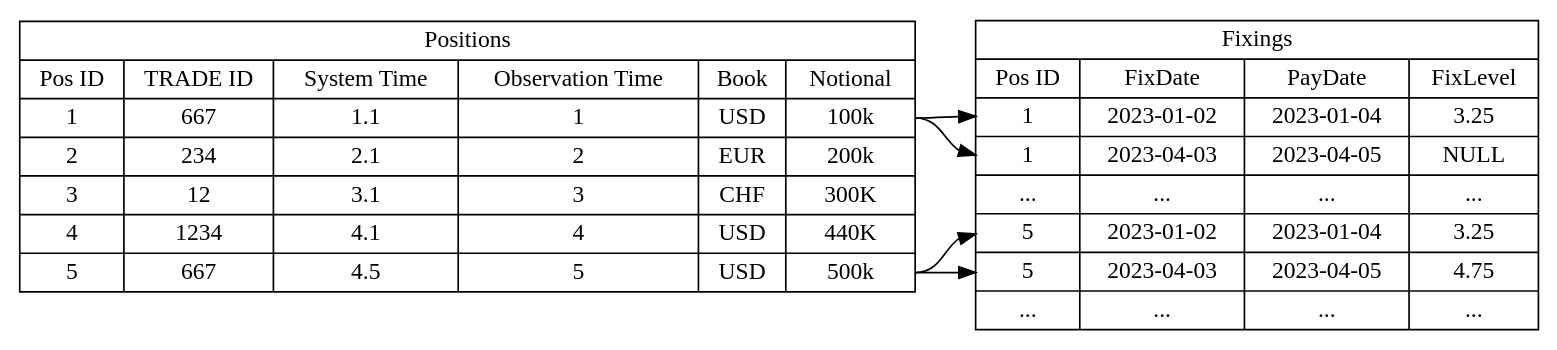
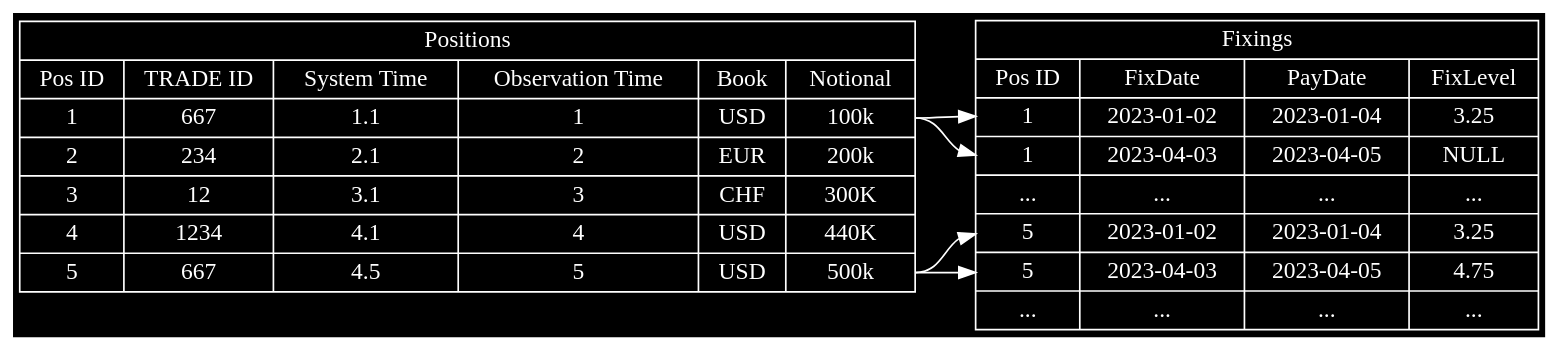
One commit to jschmuec/bitemp.ts changed the diagram in docs/bi_temporal_object_r.dot. Above: the diagram before and after it, drawn with Graphviz. The commit also changed 3 other files, not shown here.

```diff
--- a/docs/bi_temporal_object_r.dot
+++ b/docs/bi_temporal_object_r.dot
@@ -1,18 +1,20 @@
 digraph ER {
     rankdir=LR
+    bgcolor=black
     edge [
     ]
-    positions [ shape=record label="Positions|{{Pos ID|1|2|3|4|5}|{TRADE ID|667|234|12|1234|667}|{System Time|1.1|2.1|3.1|4.1|4.5}|{Observation Time|1|2|3|4|5}|{Book|USD|EUR|CHF|USD|USD}|{Notional|<v1> 100k|200k|300K
+    positions [ shape=record color=white fontcolor=white label="Positions|{{Pos ID|1|2|3|4|5}|{TRADE ID|667|234|12|1234|667}|{System Time|1.1|2.1|3.1|4.1|4.5}|{Observation Time|1|2|3|4|5}|{Book|USD|EUR|CHF|USD|USD}|{Notional|<v1> 100k|200k|300K
     |440K| <v5> 500k}}"]
 
-    schedule [ 
+    fixings [ 
         shape=record
+        color=white fontcolor=white
         label="Fixings|{{Pos ID|<s1> 1| <s2> 1|...| <s51> 5| <s52> 5|...}|{FixDate|2023-01-02|2023-04-03|...|2023-01-02|2023-04-03|...}|{PayDate|2023-01-04|2023-04-05|...|2023-01-04|2023-04-05|...}|{FixLevel|3.25|NULL|...|3.25|4.75|...}}"
     ]
 
-    positions:v1 -> schedule:s1 [ id=1 ]
-    positions:v1 -> schedule:s2 [ id=1 ]
+    positions:v1 -> fixings:s1 [ id=1 color=white]
+    positions:v1 -> fixings:s2 [ id=1 color=white]
 
-    positions:v5 -> schedule:s51 [ id=1 ]
-    positions:v5 -> schedule:s52 [ id=1 ]
+    positions:v5 -> fixings:s51 [ id=1 color=white]
+    positions:v5 -> fixings:s52 [ id=1 color=white]
 }
```
